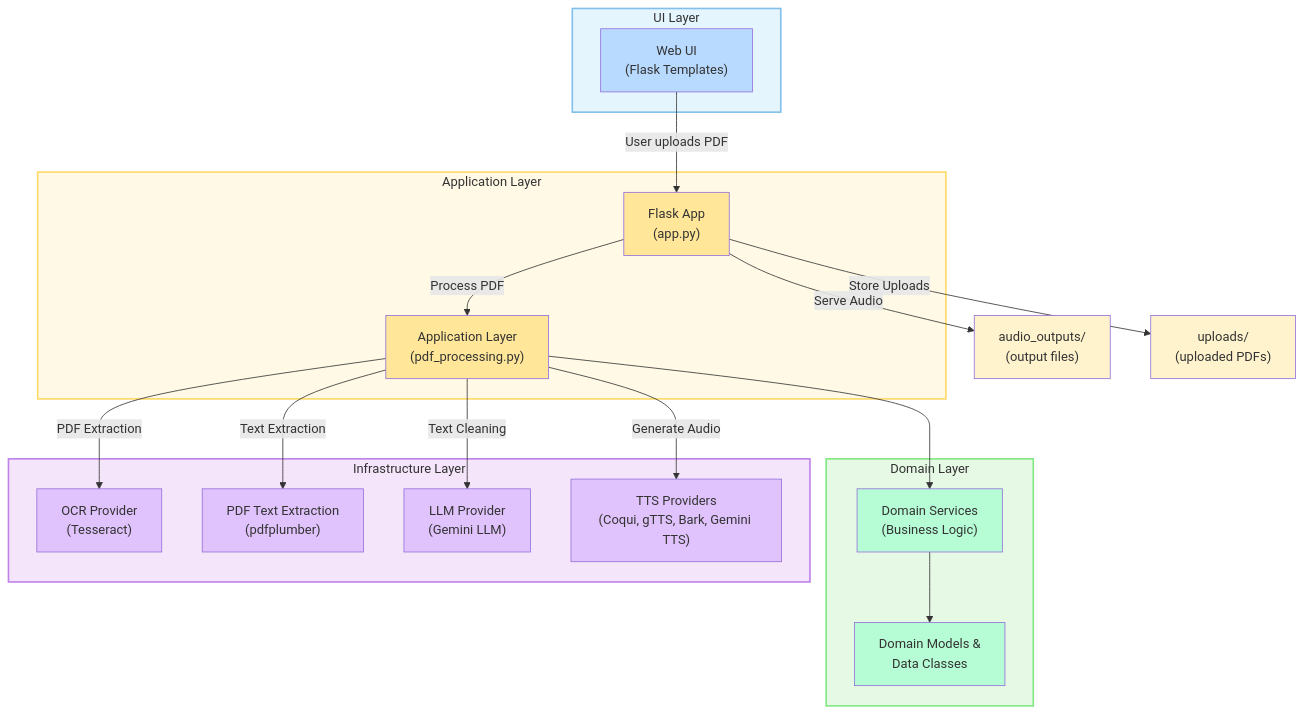
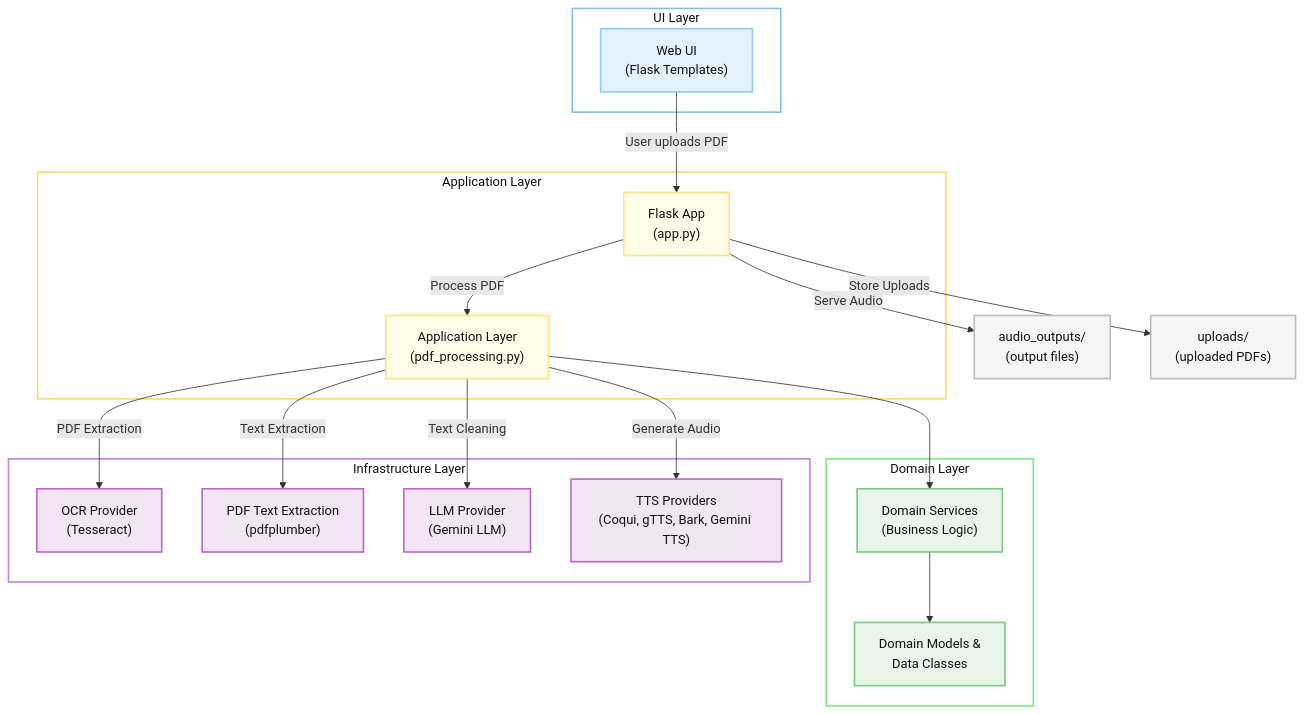
The diagram in mmDiagram.md (nbhansen/silly_PDF2WAV), drawn with Mermaid before and after one commit. The commit also changed other lines of this file, not shown here.

Commit message:
the time i almost died over some koooochiey

````diff
--- a/mmDiagram.md
+++ b/mmDiagram.md
@@ -3,70 +3,71 @@
 ```mermaid
 flowchart TD
   %% NODE DEFINITIONS
   UI["Web UI<br/>(Flask Templates)"]
   APP["Flask App<br/>(app.py)"]
   APP_SERVICE["Application Layer<br/>(pdf_processing.py)"]
   OCR["OCR Provider<br/>(Tesseract)"]
   PDFPLUMBER["PDF Text Extraction<br/>(pdfplumber)"]
   LLM["LLM Provider<br/>(Gemini LLM)"]
   TTS["TTS Providers<br/>(Coqui, gTTS, Bark, Gemini TTS)"]
   AUDIO["audio_outputs/<br/>(output files)"]
   UPLOADS["uploads/<br/>(uploaded PDFs)"]
   MODELS["Domain Models &<br/>Data Classes"]
   DOMAIN_SERVICES["Domain Services<br/>(Business Logic)"]
 
   %% SUBGRAPHS
   subgraph UI_LAYER["UI Layer"]
     UI
   end
 
   subgraph APP_LAYER["Application Layer"]
     APP
     APP_SERVICE
   end
 
   subgraph DOMAIN_LAYER["Domain Layer"]
     MODELS
     DOMAIN_SERVICES
   end
 
   subgraph INFRA_LAYER["Infrastructure Layer"]
     OCR
     PDFPLUMBER
     LLM
     TTS
   end
 
   %% FLOWS
   UI -->|User uploads PDF| APP
   APP -->|Process PDF| APP_SERVICE
 
   APP_SERVICE -->|PDF Extraction| OCR
   APP_SERVICE -->|Text Extraction| PDFPLUMBER
   APP_SERVICE -->|Text Cleaning| LLM
   APP_SERVICE -->|Generate Audio| TTS
 
   APP_SERVICE --> DOMAIN_SERVICES
   DOMAIN_SERVICES --> MODELS
 
   APP -->|Serve Audio| AUDIO
   APP -->|Store Uploads| UPLOADS
 
-  %% COLORS
-  style UI_LAYER fill:#e5f5fd,stroke:#82c0e9,stroke-width:2px
-  style APP_LAYER fill:#fff9e5,stroke:#ffd966,stroke-width:2px
-  style DOMAIN_LAYER fill:#e6f9e5,stroke:#82e982,stroke-width:2px
-  style INFRA_LAYER fill:#f5e5fa,stroke:#c082e9,stroke-width:2px
+  %% SUBGRAPH COLORS (light backgrounds)
+  style UI_LAYER fill:#fff,stroke:#82c0e9,stroke-width:2px,color:#111
+  style APP_LAYER fill:#fff,stroke:#ffd966,stroke-width:2px,color:#111
+  style DOMAIN_LAYER fill:#fff,stroke:#82e982,stroke-width:2px,color:#111
+  style INFRA_LAYER fill:#fff,stroke:#c082e9,stroke-width:2px,color:#111
 
-  style UI fill:#b8daff
-  style APP fill:#ffe699
-  style APP_SERVICE fill:#ffe699
-  style DOMAIN_SERVICES fill:#b6fcd5
-  style MODELS fill:#b6fcd5
-  style OCR fill:#e0c3fc
-  style PDFPLUMBER fill:#e0c3fc
-  style LLM fill:#e0c3fc
-  style TTS fill:#e0c3fc
-  style AUDIO fill:#fff3cd
-  style UPLOADS fill:#fff3cd
+  %% NODE COLORS (light, with black text)
+  style UI fill:#e3f2fd,stroke:#90caf9,stroke-width:2px,color:#111
+  style APP fill:#fffde7,stroke:#ffe082,stroke-width:2px,color:#111
+  style APP_SERVICE fill:#fffde7,stroke:#ffe082,stroke-width:2px,color:#111
+  style DOMAIN_SERVICES fill:#e8f5e9,stroke:#81c784,stroke-width:2px,color:#111
+  style MODELS fill:#e8f5e9,stroke:#81c784,stroke-width:2px,color:#111
+  style OCR fill:#f3e5f5,stroke:#ba68c8,stroke-width:2px,color:#111
+  style PDFPLUMBER fill:#f3e5f5,stroke:#ba68c8,stroke-width:2px,color:#111
+  style LLM fill:#f3e5f5,stroke:#ba68c8,stroke-width:2px,color:#111
+  style TTS fill:#f3e5f5,stroke:#ba68c8,stroke-width:2px,color:#111
+  style AUDIO fill:#f5f5f5,stroke:#bdbdbd,stroke-width:2px,color:#111
+  style UPLOADS fill:#f5f5f5,stroke:#bdbdbd,stroke-width:2px,color:#111
 ```
````
